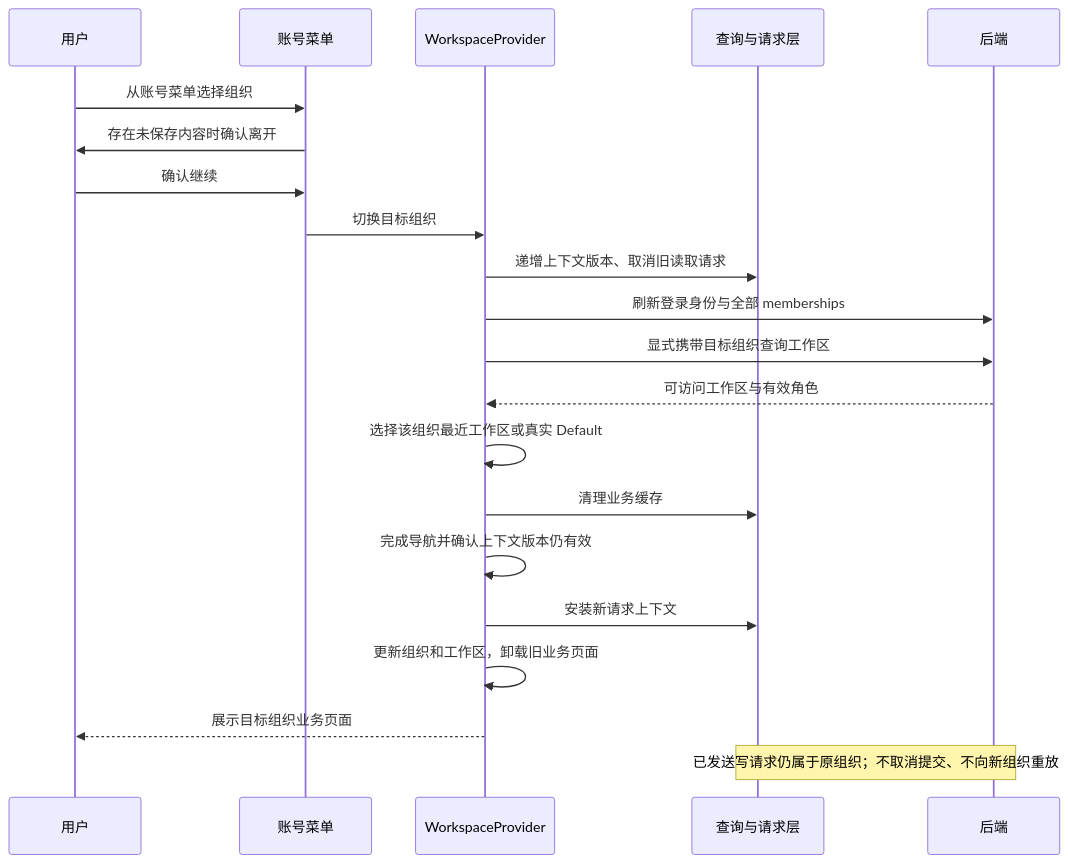
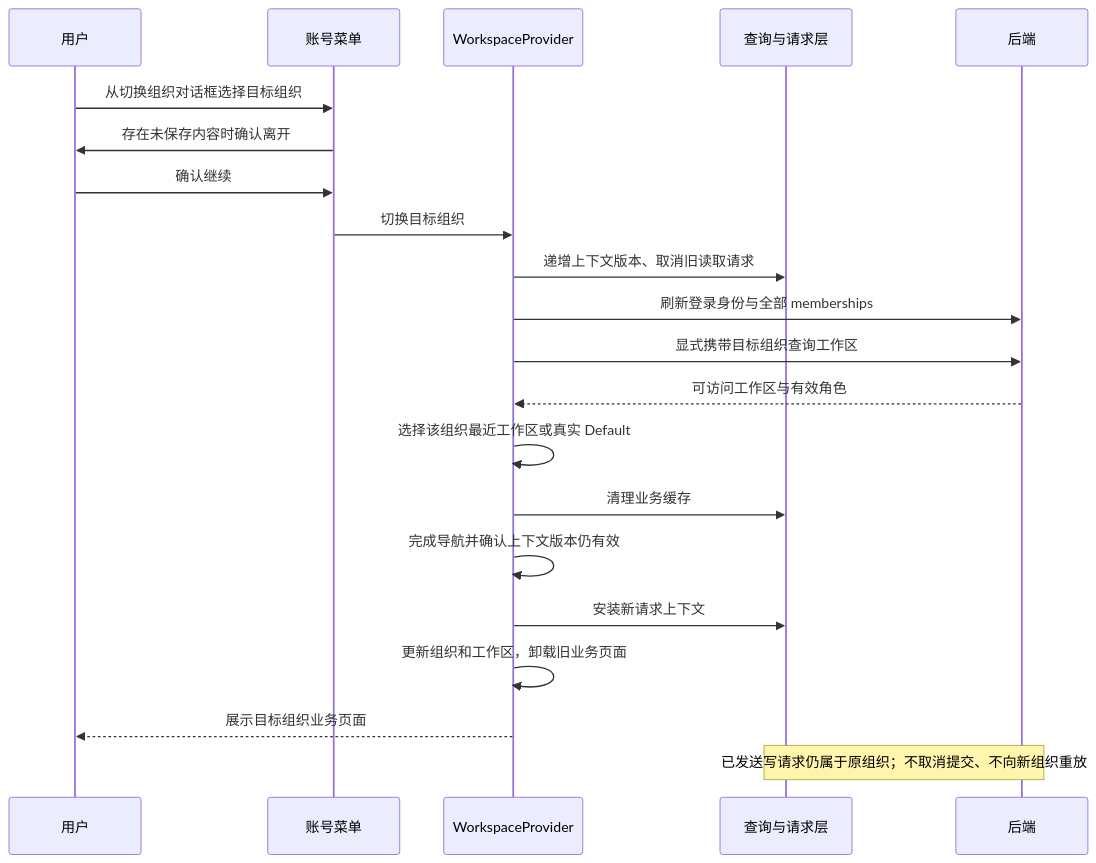
One commit to superduck-ai/open-managed-agents changed the fourth of 4 diagrams in docs/design/organization-joining.md. Above: the diagram before and after it, drawn with Mermaid. The commit also changed other lines of this file and 4 other files, not shown here.

````diff
--- a/docs/design/organization-joining.md
+++ b/docs/design/organization-joining.md
@@ -127,23 +129,23 @@
 ```mermaid
 sequenceDiagram
     participant U as 用户
     participant M as 账号菜单
     participant P as WorkspaceProvider
     participant Q as 查询与请求层
     participant B as 后端
-    U->>M: 从账号菜单选择组织
+    U->>M: 从切换组织对话框选择目标组织
     M->>U: 存在未保存内容时确认离开
     U->>M: 确认继续
     M->>P: 切换目标组织
     P->>Q: 递增上下文版本、取消旧读取请求
     P->>B: 刷新登录身份与全部 memberships
     P->>B: 显式携带目标组织查询工作区
     B-->>P: 可访问工作区与有效角色
     P->>P: 选择该组织最近工作区或真实 Default
     P->>Q: 清理业务缓存
     P->>P: 完成导航并确认上下文版本仍有效
     P->>Q: 安装新请求上下文
     P->>P: 更新组织和工作区，卸载旧业务页面
     P-->>U: 展示目标组织业务页面
     Note over Q,B: 已发送写请求仍属于原组织；不取消提交、不向新组织重放
 ```
````
